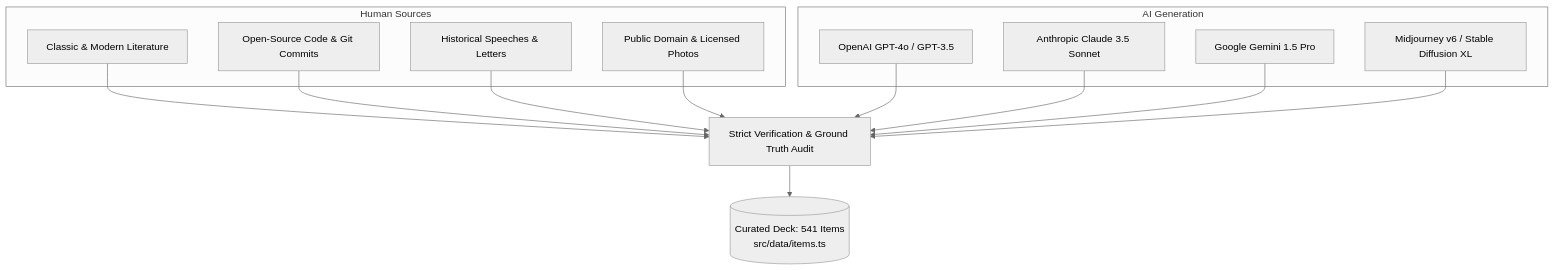
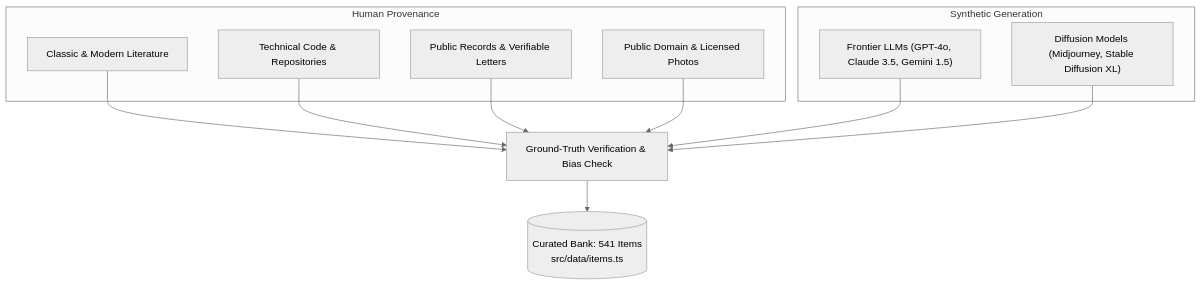
The first of 2 diagrams in METHODOLOGY.md (ArrinPaul/TuringWall), drawn with Mermaid (neutral theme) before and after one commit. The commit also changed other lines of this file and 1 other file, not shown here.

Commit message:
docs: methodology, data and privacy

````diff
--- a/METHODOLOGY.md
+++ b/METHODOLOGY.md
@@ -30,20 +30,18 @@
 ```mermaid
 flowchart TD
-    subgraph Human Sources
-        H1[Classic & Modern Literature]
-        H2[Open-Source Code & Git Commits]
-        H3[Historical Speeches & Letters]
-        H4[Public Domain & Licensed Photos]
+    subgraph Human Provenance
+        H1["Classic & Modern Literature"]
+        H2["Technical Code & Repositories"]
+        H3["Public Records & Verifiable Letters"]
+        H4["Public Domain & Licensed Photos"]
     end
 
-    subgraph AI Generation
-        A1[OpenAI GPT-4o / GPT-3.5]
-        A2[Anthropic Claude 3.5 Sonnet]
-        A3[Google Gemini 1.5 Pro]
-        A4[Midjourney v6 / Stable Diffusion XL]
+    subgraph Synthetic Generation
+        A1["Frontier LLMs (GPT-4o, Claude 3.5, Gemini 1.5)"]
+        A2["Diffusion Models (Midjourney, Stable Diffusion XL)"]
     end
 
-    H1 & H2 & H3 & H4 --> V[Strict Verification & Ground Truth Audit]
-    A1 & A2 & A3 & A4 --> V
-    V --> DB[(Curated Deck: 541 Items<br/>src/data/items.ts)]
+    H1 & H2 & H3 & H4 --> V["Ground-Truth Verification & Bias Check"]
+    A1 & A2 --> V
+    V --> DB[("Curated Bank: 541 Items<br/>src/data/items.ts")]
 ```
````
